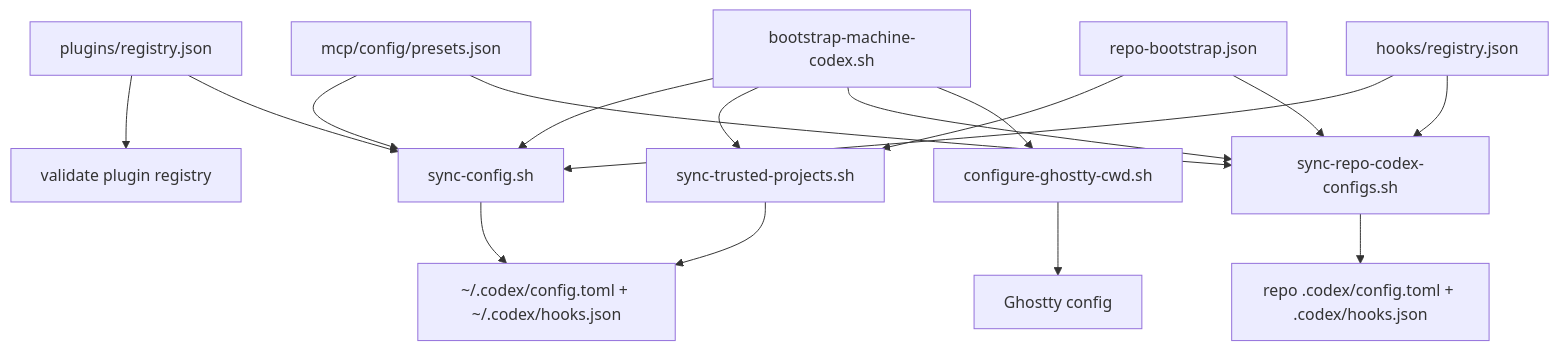
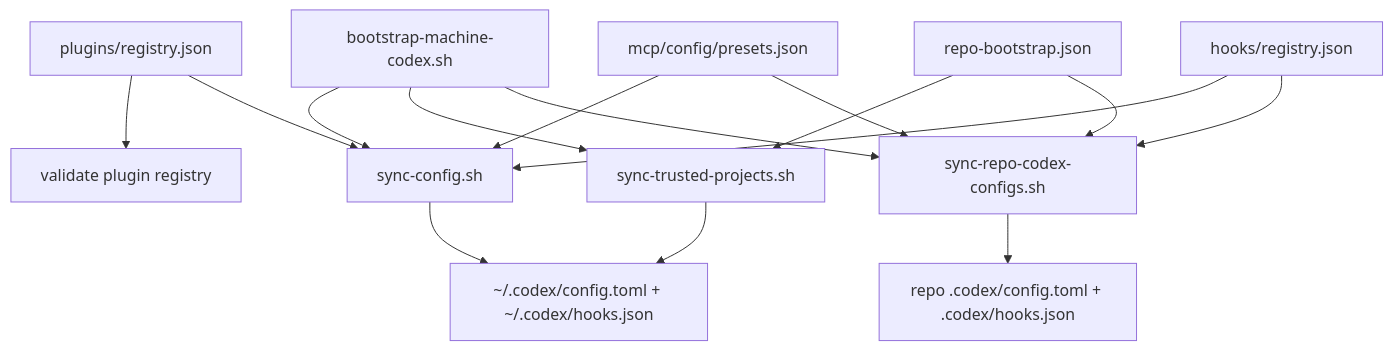
Before and after one commit to wisdom-in-a-nutshell/.agents: the first of 5 diagrams in docs/architecture/codex-control-plane-script-flows.md, drawn with Mermaid. The commit also changed 6 other files, not shown here.

````diff
--- a/docs/architecture/codex-control-plane-script-flows.md
+++ b/docs/architecture/codex-control-plane-script-flows.md
@@ -11,19 +11,17 @@
 ```mermaid
 flowchart TD
     P["plugins/registry.json"] --> Q["validate plugin registry"]
     P --> B["sync-config.sh"]
     A["bootstrap-machine-codex.sh"] --> B
     A --> C["sync-trusted-projects.sh"]
     A --> D["sync-repo-codex-configs.sh"]
-    A --> E["configure-ghostty-cwd.sh"]
     R["repo-bootstrap.json"] --> C
     R --> D
     M["mcp/config/presets.json"] --> B
     M --> D
     H["hooks/registry.json"] --> B
     H --> D
     B --> F["~/.codex/config.toml + ~/.codex/hooks.json"]
     C --> F
     D --> G["repo .codex/config.toml + .codex/hooks.json"]
-    E --> I["Ghostty config"]
 ```
````
